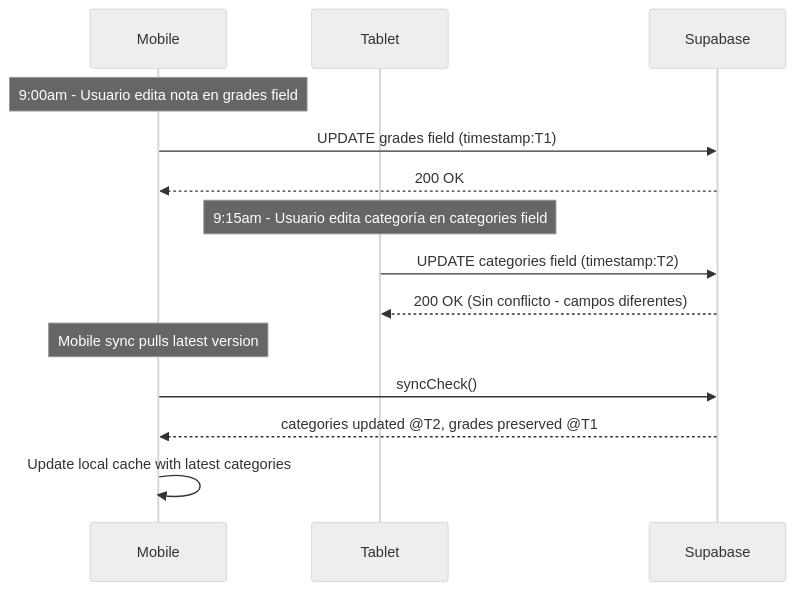
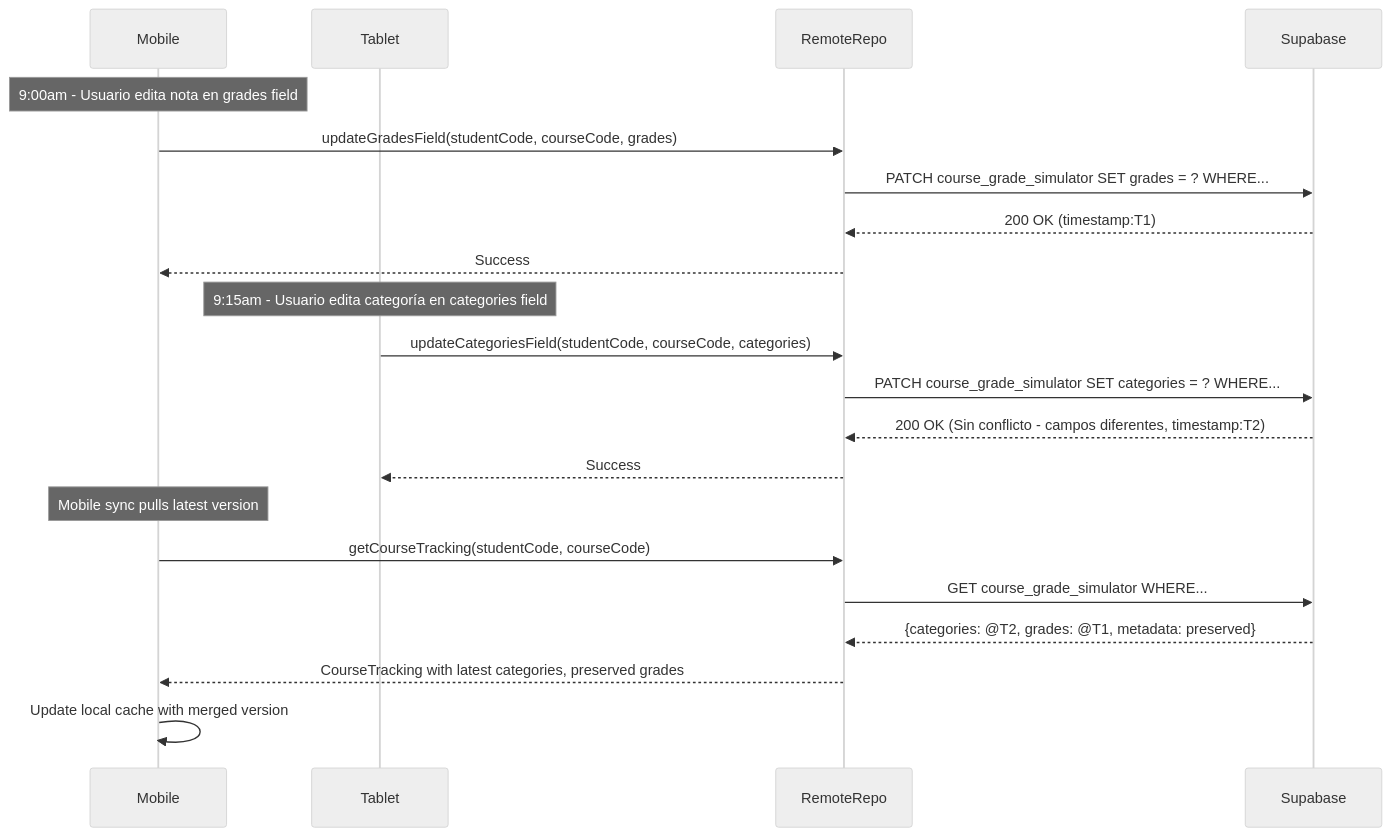
The fifth of 6 diagrams in docs/database-optimization-strategy.md (sigapp-unp/sigapp-mobile), drawn with Mermaid (neutral theme) before and after one commit. The commit also changed other lines of this file and 35 other files, not shown here.

First line of the commit message:
Refactor grade tracking cache service and sync manager; migrate to drift and sqlite3_flutter_libs

````diff
--- a/docs/database-optimization-strategy.md
+++ b/docs/database-optimization-strategy.md
@@ -225,19 +257,26 @@
 ```mermaid
 sequenceDiagram
     participant Mobile
     participant Tablet
+    participant RemoteRepo
     participant Supabase
 
     Note over Mobile: 9:00am - Usuario edita nota en grades field
-    Mobile->>Supabase: UPDATE grades field (timestamp:T1)
-    Supabase-->>Mobile: 200 OK
+    Mobile->>RemoteRepo: updateGradesField(studentCode, courseCode, grades)
+    RemoteRepo->>Supabase: PATCH course_grade_simulator SET grades = ? WHERE...
+    Supabase-->>RemoteRepo: 200 OK (timestamp:T1)
+    RemoteRepo-->>Mobile: Success
 
     Note over Tablet: 9:15am - Usuario edita categoría en categories field
-    Tablet->>Supabase: UPDATE categories field (timestamp:T2)
-    Supabase-->>Tablet: 200 OK (Sin conflicto - campos diferentes)
+    Tablet->>RemoteRepo: updateCategoriesField(studentCode, courseCode, categories)
+    RemoteRepo->>Supabase: PATCH course_grade_simulator SET categories = ? WHERE...
+    Supabase-->>RemoteRepo: 200 OK (Sin conflicto - campos diferentes, timestamp:T2)
+    RemoteRepo-->>Tablet: Success
 
     Note over Mobile: Mobile sync pulls latest version
-    Mobile->>Supabase: syncCheck()
-    Supabase-->>Mobile: categories updated @T2, grades preserved @T1
-    Mobile->>Mobile: Update local cache with latest categories
+    Mobile->>RemoteRepo: getCourseTracking(studentCode, courseCode)
+    RemoteRepo->>Supabase: GET course_grade_simulator WHERE...
+    Supabase-->>RemoteRepo: {categories: @T2, grades: @T1, metadata: preserved}
+    RemoteRepo-->>Mobile: CourseTracking with latest categories, preserved grades
+    Mobile->>Mobile: Update local cache with merged version
 ```
````
